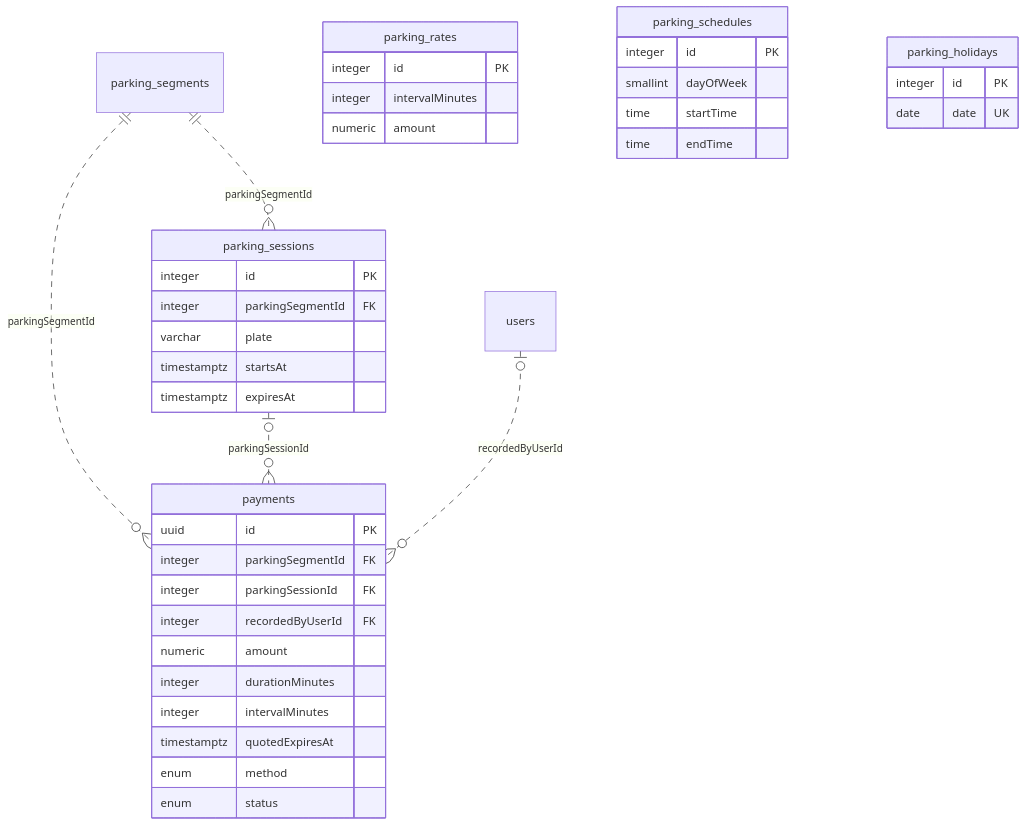
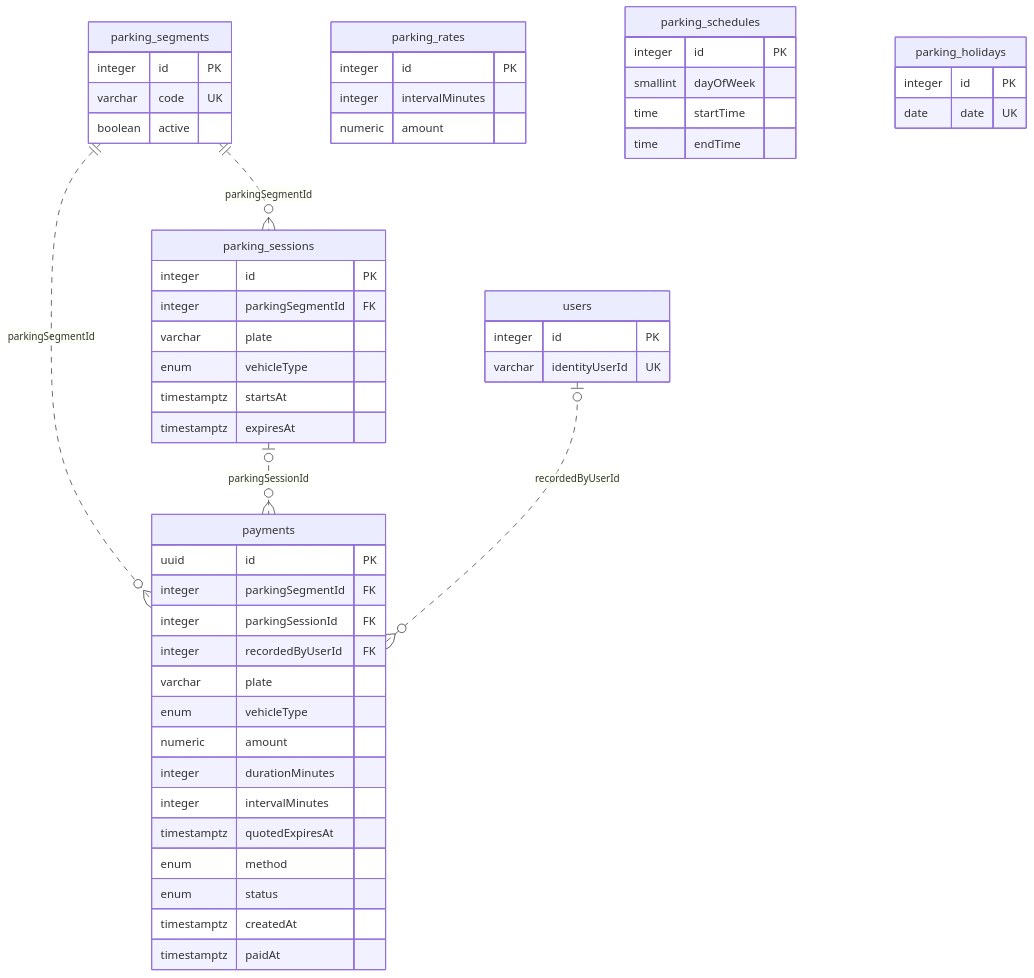
Before and after one commit to joselimbertflores/parking: the diagram in docs/database.md, drawn with Mermaid. The commit also changed other lines of this file and 12 other files, not shown here.

````diff
--- a/docs/database.md
+++ b/docs/database.md
@@ -3,42 +5,56 @@
 ```mermaid
 erDiagram
     parking_segments ||..o{ parking_sessions : "parkingSegmentId"
     parking_segments ||..o{ payments : "parkingSegmentId"
     parking_sessions o|..o{ payments : "parkingSessionId"
     users o|..o{ payments : "recordedByUserId"
 
+    parking_segments {
+        integer id PK
+        varchar code UK
+        boolean active
+    }
     parking_sessions {
         integer id PK
         integer parkingSegmentId FK
         varchar plate
+        enum vehicleType
         timestamptz startsAt
         timestamptz expiresAt
     }
     payments {
         uuid id PK
         integer parkingSegmentId FK
         integer parkingSessionId FK
         integer recordedByUserId FK
+        varchar plate
+        enum vehicleType
         numeric amount
         integer durationMinutes
         integer intervalMinutes
         timestamptz quotedExpiresAt
         enum method
         enum status
+        timestamptz createdAt
+        timestamptz paidAt
+    }
+    users {
+        integer id PK
+        varchar identityUserId UK
     }
     parking_rates {
         integer id PK
         integer intervalMinutes
         numeric amount
     }
     parking_schedules {
         integer id PK
         smallint dayOfWeek
         time startTime
         time endTime
     }
     parking_holidays {
         integer id PK
         date date UK
     }
 ```
````
